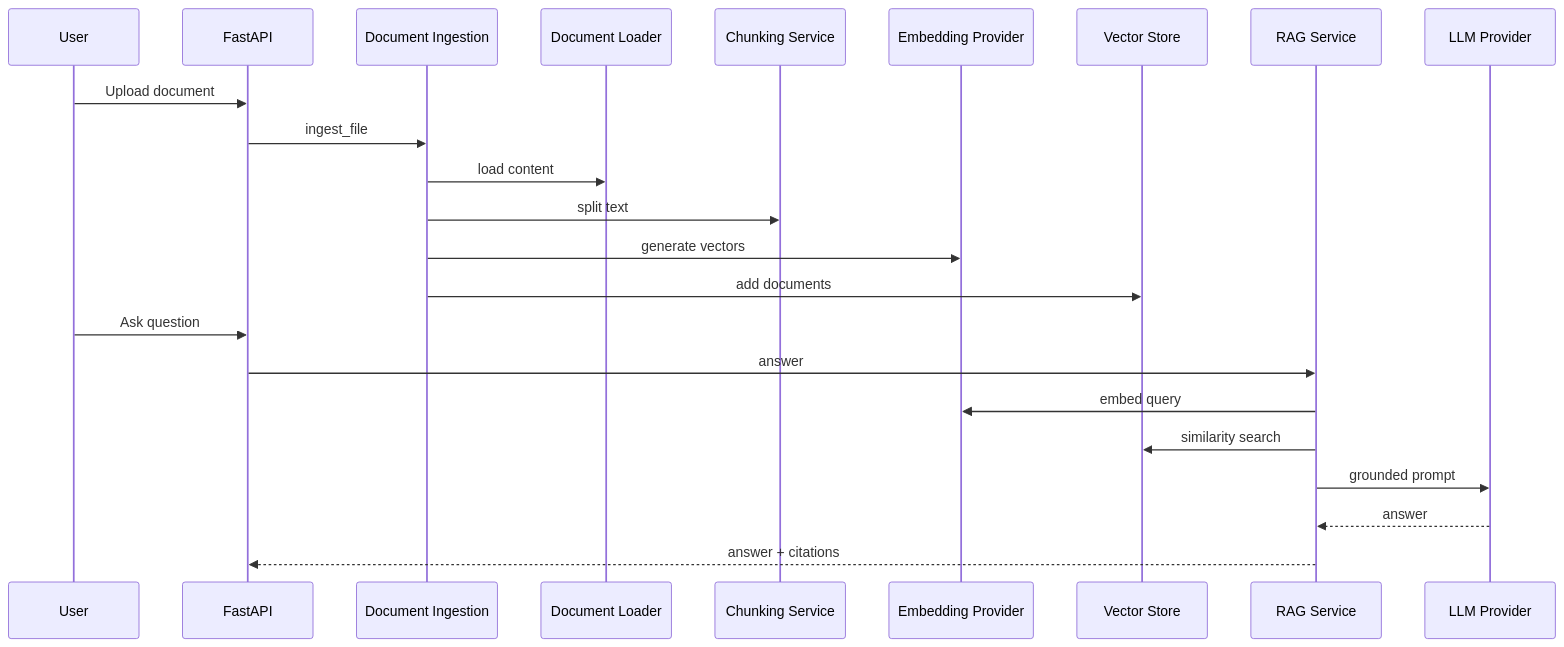
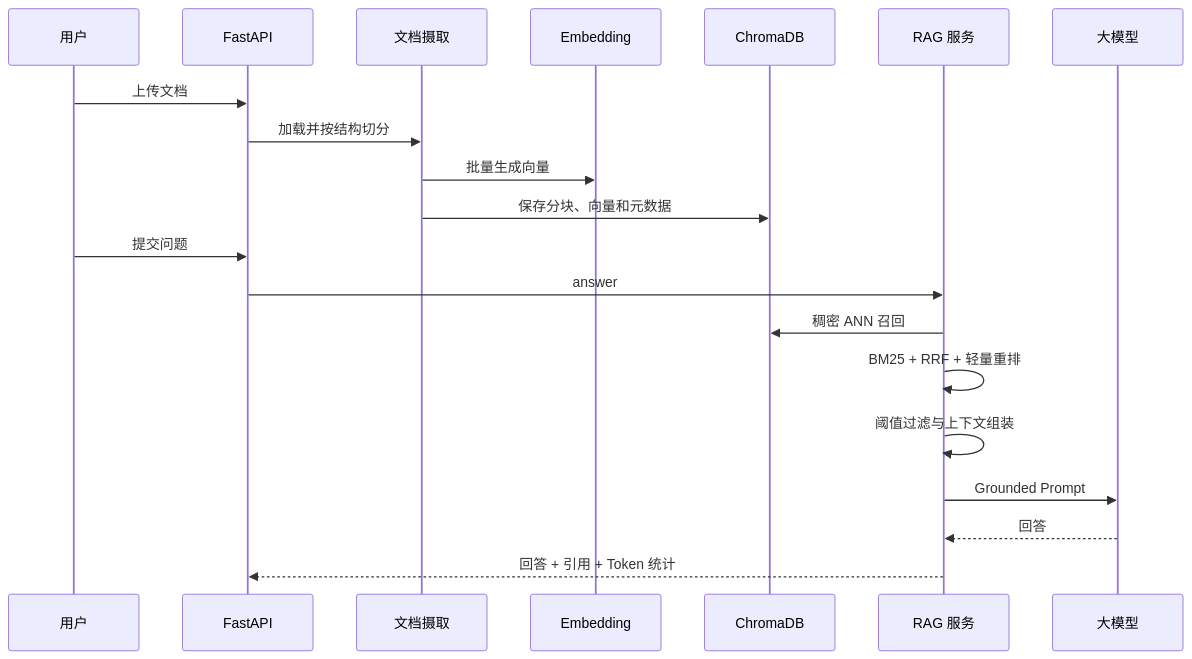
One commit to plutoczm/DataCopilot changed the third of 7 diagrams in docs/ARCHITECTURE.md. Above: the diagram before and after it, drawn with Mermaid. The commit also changed other lines of this file and 152 other files, not shown here.

````diff
--- a/docs/ARCHITECTURE.md
+++ b/docs/ARCHITECTURE.md
@@ -71,26 +74,23 @@
 ```mermaid
 sequenceDiagram
-    participant U as User
+    participant U as 用户
     participant API as FastAPI
-    participant Ingest as Document Ingestion
-    participant Loader as Document Loader
-    participant Chunk as Chunking Service
-    participant Embed as Embedding Provider
-    participant Store as Vector Store
-    participant RAG as RAG Service
-    participant LLM as LLM Provider
+    participant Ingest as 文档摄取
+    participant Embed as Embedding
+    participant Store as ChromaDB
+    participant RAG as RAG 服务
+    participant LLM as 大模型
 
-    U->>API: Upload document
-    API->>Ingest: ingest_file
-    Ingest->>Loader: load content
-    Ingest->>Chunk: split text
-    Ingest->>Embed: generate vectors
-    Ingest->>Store: add documents
-    U->>API: Ask question
+    U->>API: 上传文档
+    API->>Ingest: 加载并按结构切分
+    Ingest->>Embed: 批量生成向量
+    Ingest->>Store: 保存分块、向量和元数据
+    U->>API: 提交问题
     API->>RAG: answer
-    RAG->>Embed: embed query
-    RAG->>Store: similarity search
-    RAG->>LLM: grounded prompt
-    LLM-->>RAG: answer
-    RAG-->>API: answer + citations
+    RAG->>Store: 稠密 ANN 召回
+    RAG->>RAG: BM25 + RRF + 轻量重排
+    RAG->>RAG: 阈值过滤与上下文组装
+    RAG->>LLM: Grounded Prompt
+    LLM-->>RAG: 回答
+    RAG-->>API: 回答 + 引用 + Token 统计
 ```
````
